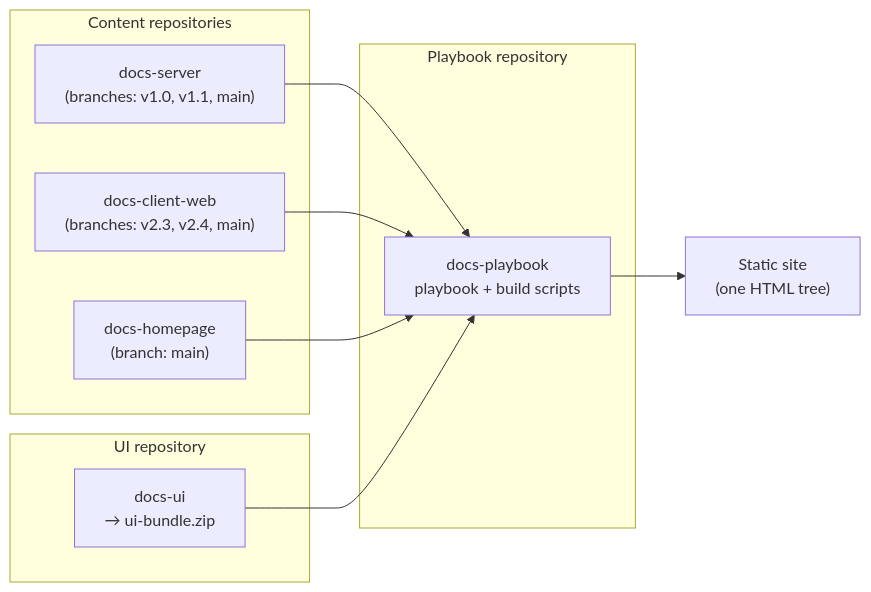
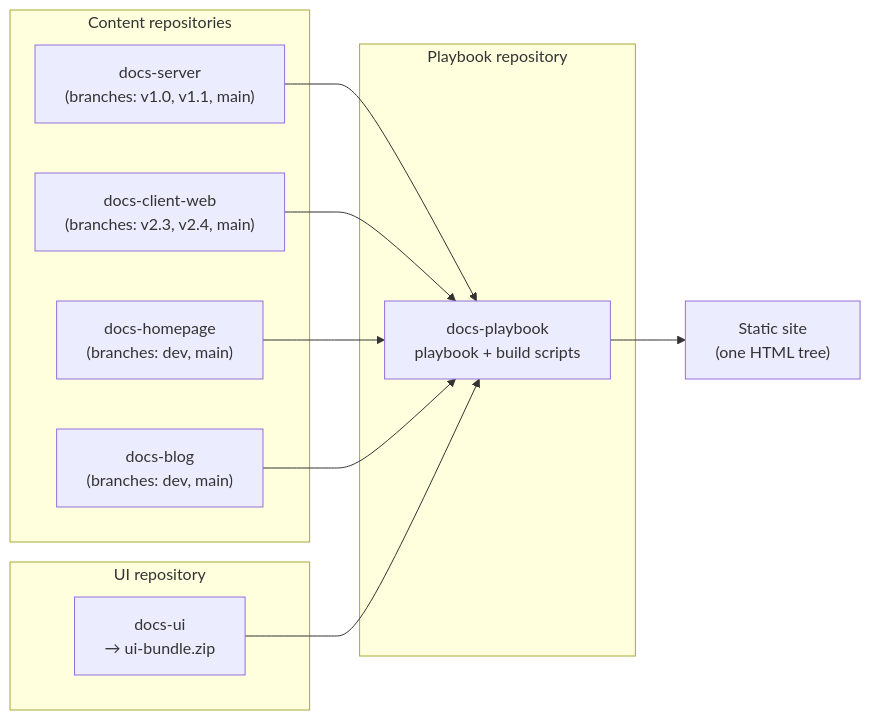
The diagram in docs/documentation/01-antora-multi-repo-platform.md (sandraLbdvTW/portfolio), drawn with Mermaid before and after one commit. The commit also changed other lines of this file and 20 other files, not shown here.

````diff
--- a/docs/documentation/01-antora-multi-repo-platform.md
+++ b/docs/documentation/01-antora-multi-repo-platform.md
@@ -45,19 +47,21 @@
 ```mermaid
 graph LR
     subgraph Content repositories
         A["docs-server<br/>(branches: v1.0, v1.1, main)"]
         B["docs-client-web<br/>(branches: v2.3, v2.4, main)"]
-        C["docs-homepage<br/>(branch: main)"]
+        C["docs-homepage<br/>(branches: dev, main)"]
+        G["docs-blog<br/>(branches: dev, main)"]
     end
     subgraph UI repository
         D["docs-ui<br/>→ ui-bundle.zip"]
     end
     subgraph Playbook repository
         E["docs-playbook<br/>playbook + build scripts"]
     end
     A --> E
     B --> E
     C --> E
+    G --> E
     D --> E
     E --> F["Static site<br/>(one HTML tree)"]
 ```
````
